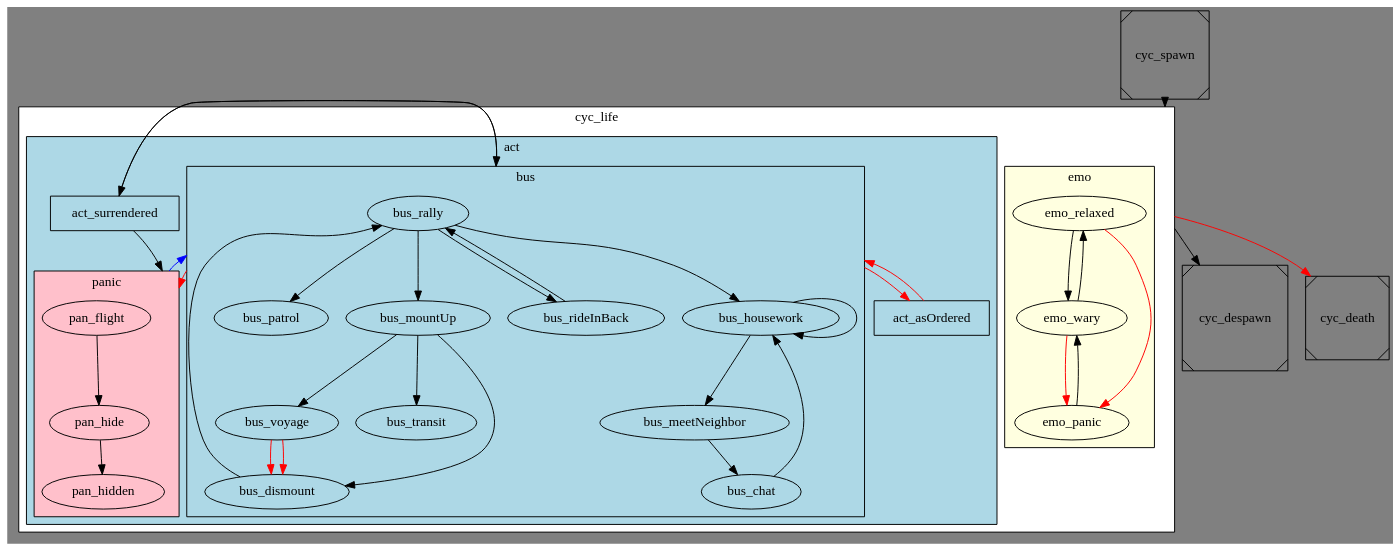
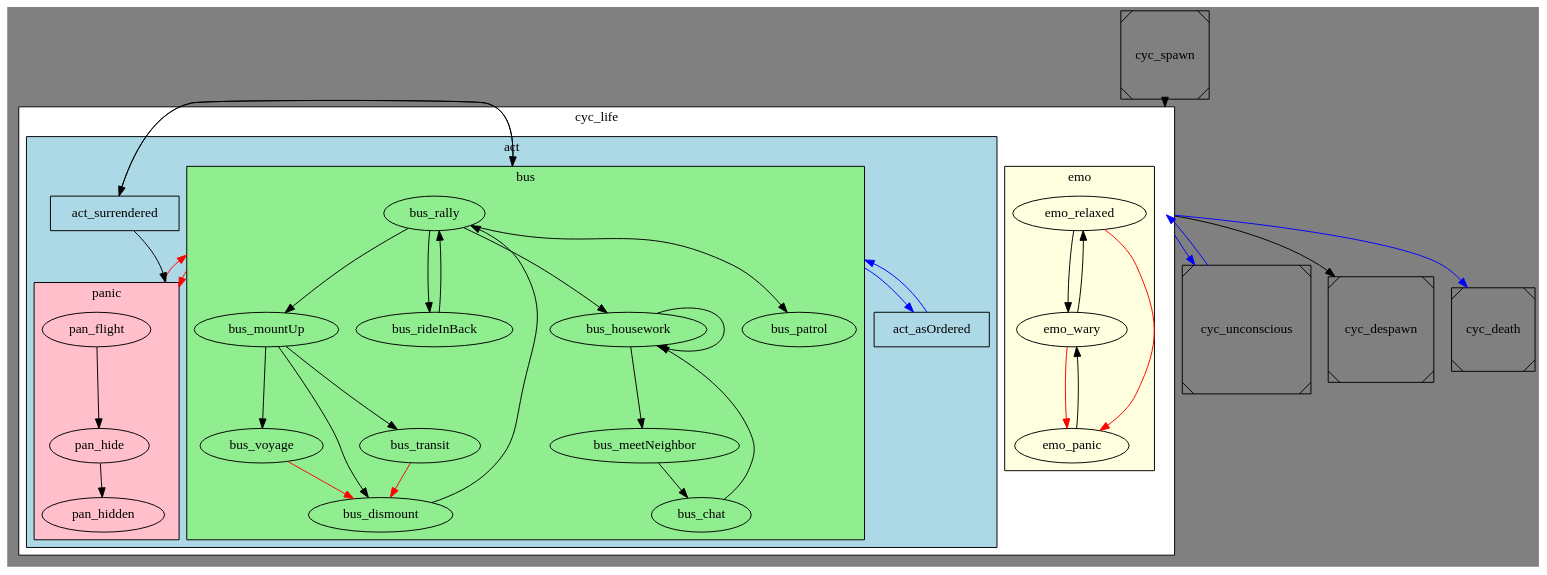
One commit to gruppe-adler/grad_civs changed the diagram in docs/states.gv. Above: the diagram before and after it, drawn with Graphviz. The commit also changed 2 other files, not shown here.

Commit message:
add new lifecycle state: unconscious

```diff
--- a/docs/states.gv
+++ b/docs/states.gv
@@ -1,73 +1,77 @@
 digraph lifecycle {
     bgcolor="gray";
     compound=true;
 
     subgraph cluster_life {
         bgcolor="white";
         shape="Msquare";
         label="cyc_life";
         cluster_life_node [shape=point style=invis];
 
         subgraph cluster_emotions {
             bgcolor="lightyellow";
             label="emo";
             emo_relaxed -> emo_wary;
             {emo_wary, emo_relaxed} -> emo_panic [color="red"];
             emo_panic -> emo_wary -> emo_relaxed;
         }
 
         subgraph cluster_activities {
             bgcolor="lightblue";
             label="act";
 
             subgraph cluster_business {
+                bgcolor="lightgreen";
                 label="bus";
                 cluster_business_node [shape=point style=invis];
                 bus_rally -> bus_patrol;
                 bus_rally -> bus_mountUp;
                 bus_rally -> bus_rideInBack;
                 bus_mountUp -> bus_transit;
                 bus_mountUp -> bus_voyage;
                 bus_mountUp -> bus_dismount;
-                bus_voyage -> bus_dismount [color=red]; # panic event
+                bus_transit -> bus_dismount [color=red]; # panic event
                 bus_voyage -> bus_dismount [color=red]; # panic event
                 bus_dismount -> bus_rally;
                 bus_rally -> bus_housework;
                 bus_rideInBack -> bus_rally;
                 bus_housework -> bus_meetNeighbor;
                 bus_meetNeighbor -> bus_chat;
                 bus_chat -> bus_housework;
                 bus_housework -> bus_housework;
             }
 
             subgraph cluster_panic {
                 bgcolor="pink";
                 label="panic";
                 cluster_panic_node [shape=point style=invis];
                 pan_flight -> pan_hide -> pan_hidden;
             }
 
             act_asOrdered [shape=rectangle];
             act_surrendered [shape=rectangle];
 
             act_surrendered -> cluster_panic_node [lhead=cluster_panic];
 
             act_surrendered -> cluster_business_node [lhead=cluster_business];
             cluster_business_node -> act_surrendered [ltail=cluster_business];
-            act_asOrdered -> cluster_business_node [lhead=cluster_business color=red];
-            cluster_business_node -> act_asOrdered [ltail=cluster_business color=red];
+            act_asOrdered -> cluster_business_node [lhead=cluster_business color=blue];
+            cluster_business_node -> act_asOrdered [ltail=cluster_business color=blue];
 
-            cluster_panic_node -> cluster_business_node [color=blue lhead=cluster_business ltail=cluster_panic]
+            cluster_panic_node -> cluster_business_node [color=red lhead=cluster_business ltail=cluster_panic]
             cluster_business_node -> cluster_panic_node [ltail=cluster_business lhead=cluster_panic color=red]
 
         }
     }
 
     cyc_spawn [shape=Msquare];
     cyc_despawn [shape=Msquare];
     cyc_death [shape=Msquare];
+    cyc_unconscious [shape=Msquare];
 
     cyc_spawn -> cluster_life_node [lhead=cluster_life];
     cluster_life_node -> cyc_despawn [ltail=cluster_life];
-    cluster_life_node -> cyc_death [ltail=cluster_life color=red];
+    cluster_life_node -> cyc_death [ltail=cluster_life color=blue];
+    cluster_life_node -> cyc_unconscious [ltail=cluster_life color=blue];
+    cyc_unconscious -> cluster_life_node [ltail=cluster_life color=blue];
 }
```
